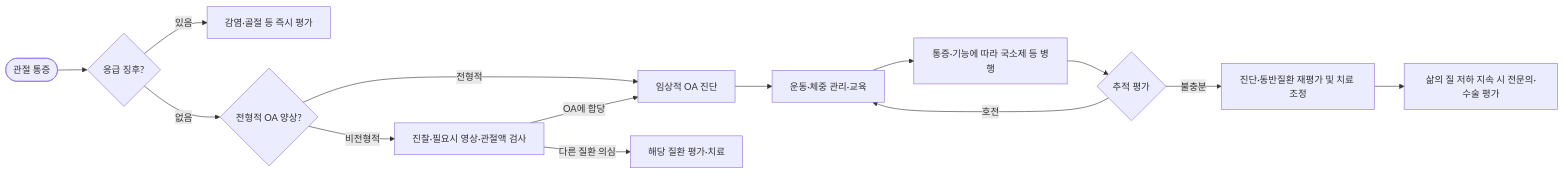
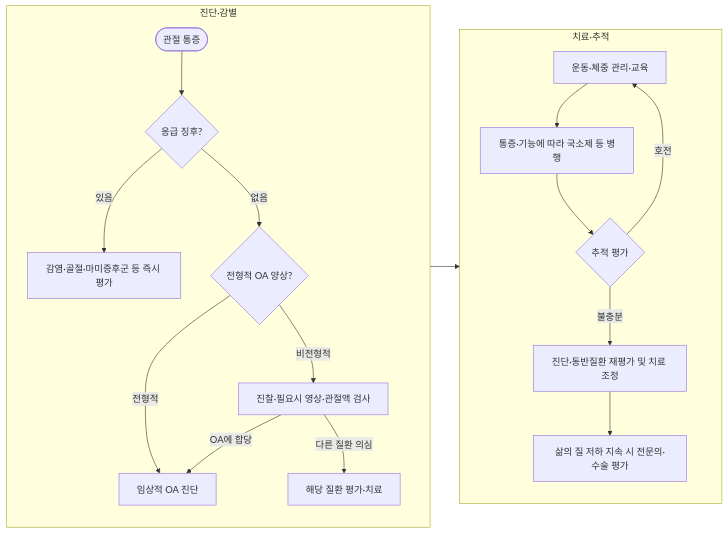
The diagram in 228_/135_-osteoarthritis-oa.md (familyoh77/familyoh77), drawn with Mermaid before and after one commit. The commit also changed other lines of this file and 8 other files, not shown here.

````diff
--- a/228_/135_-osteoarthritis-oa.md
+++ b/228_/135_-osteoarthritis-oa.md
@@ -155,16 +156,22 @@
 ```mermaid
 graph LR
-    A([관절 통증]) --> B{"응급 징후?"}
-    B -- 있음 --> C["감염·골절 등 즉시 평가"]
-    B -- 없음 --> D{"전형적 OA 양상?"}
-    D -- 전형적 --> E["임상적 OA 진단"]
-    D -- 비전형적 --> F["진찰·필요시 영상·관절액 검사"]
-    F -- OA에 합당 --> E
-    F -- 다른 질환 의심 --> G["해당 질환 평가·치료"]
-    E --> H["운동·체중 관리·교육"]
-    H --> I["통증·기능에 따라 국소제 등 병행"]
-    I --> J{"추적 평가"}
-    J -- 호전 --> H
-    J -- 불충분 --> K["진단·동반질환 재평가 및 치료 조정"]
-    K --> L["삶의 질 저하 지속 시 전문의·수술 평가"]
+    subgraph S1["진단·감별"]
+        direction TB
+        A([관절 통증]) --> B{"응급 징후?"}
+        B -- 있음 --> C["감염·골절·마미증후군 등 즉시 평가"]
+        B -- 없음 --> D{"전형적 OA 양상?"}
+        D -- 전형적 --> E["임상적 OA 진단"]
+        D -- 비전형적 --> F["진찰·필요시 영상·관절액 검사"]
+        F -- OA에 합당 --> E
+        F -- 다른 질환 의심 --> G["해당 질환 평가·치료"]
+    end
+    subgraph S2["치료·추적"]
+        direction TB
+        H["운동·체중 관리·교육"] --> I["통증·기능에 따라 국소제 등 병행"]
+        I --> J{"추적 평가"}
+        J -- 호전 --> H
+        J -- 불충분 --> K["진단·동반질환 재평가 및 치료 조정"]
+        K --> L["삶의 질 저하 지속 시 전문의·수술 평가"]
+    end
+    E --> H
 ```
````
